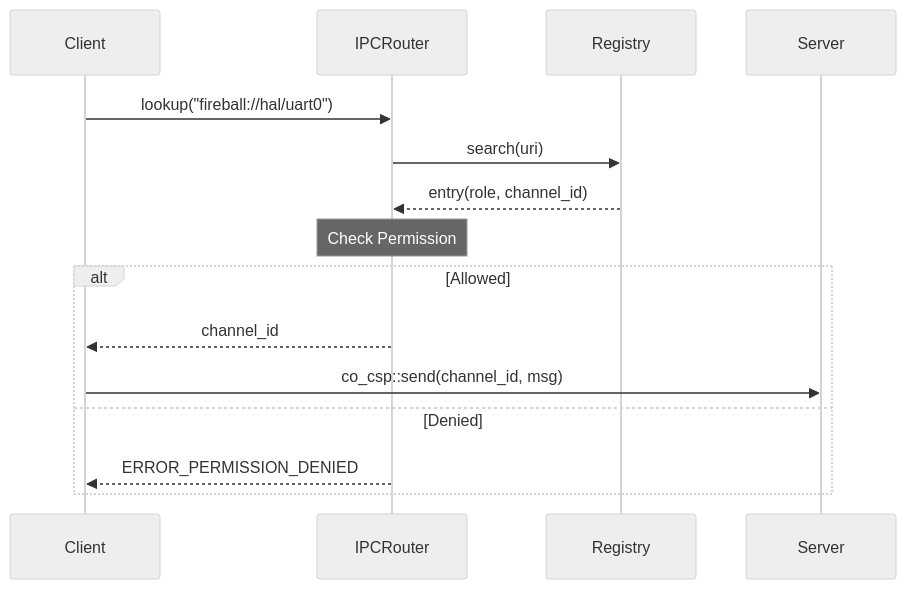
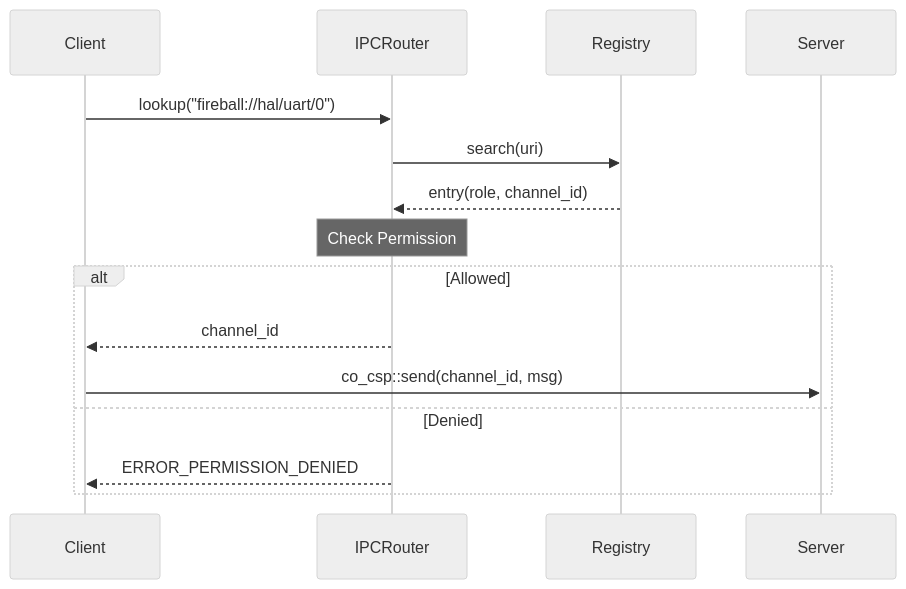
One commit to kmt-t/fireball changed the third of 3 diagrams in docs/orders/components/router.md. Above: the diagram before and after it, drawn with Mermaid (neutral theme). The commit also changed other lines of this file and 7 other files, not shown here.

````diff
--- a/docs/orders/components/router.md
+++ b/docs/orders/components/router.md
@@ -89,18 +89,18 @@
 ```mermaid
 sequenceDiagram
     participant C as Client
     participant R as IPCRouter
     participant Reg as Registry
     participant S as Server
     
-    C->>R: lookup("fireball://hal/uart0")
+    C->>R: lookup("fireball://hal/uart/0")
     R->>Reg: search(uri)
     Reg-->>R: entry(role, channel_id)
     Note over R: Check Permission
     alt Allowed
         R-->>C: channel_id
         C->>S: co_csp::send(channel_id, msg)
     else Denied
         R-->>C: ERROR_PERMISSION_DENIED
     end
 ```
````
